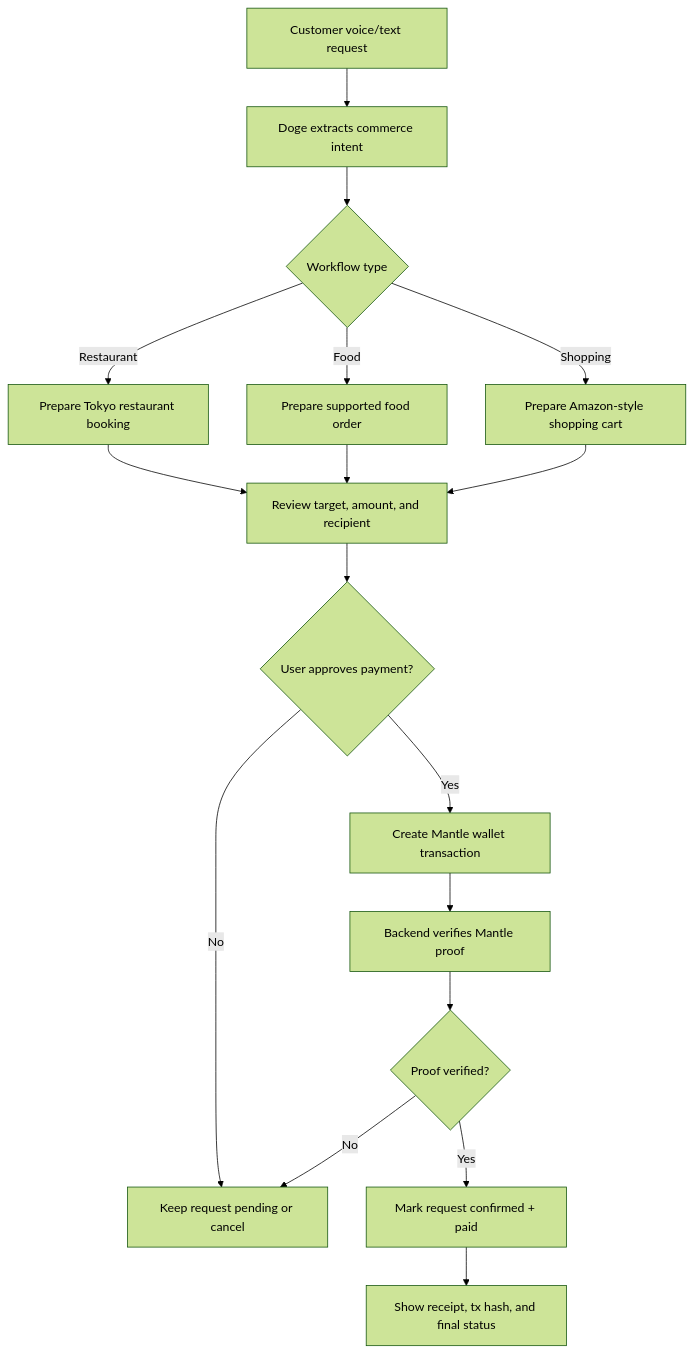
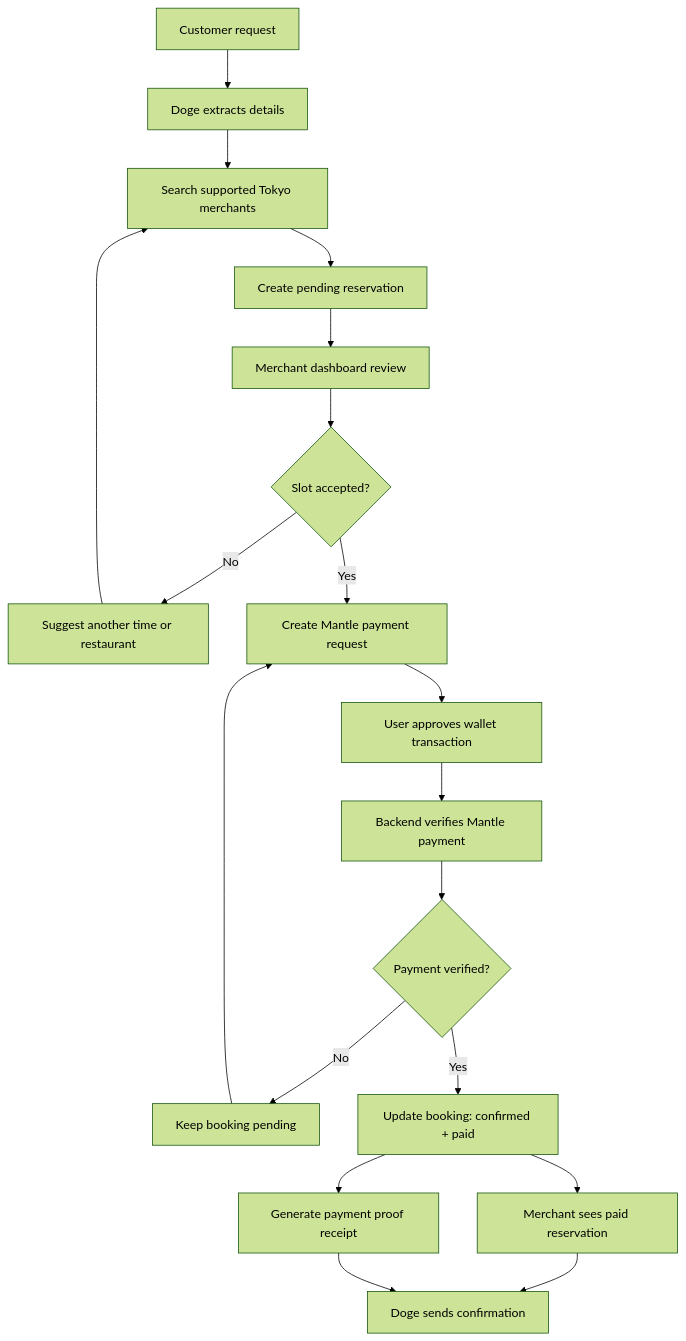
Before and after one commit to khurram-sysadmin/doge-payagent-prototype: the diagram in flow.md, drawn with Mermaid (forest theme). The commit also changed other lines of this file and 2 other files, not shown here.

````diff
--- a/flow.md
+++ b/flow.md
@@ -3,19 +3,21 @@
 ```mermaid
 flowchart TD
-  A["Customer voice/text request"] --> B["Doge extracts commerce intent"]
-  B --> C{"Workflow type"}
-  C -->|Restaurant| D["Prepare Tokyo restaurant booking"]
-  C -->|Food| E["Prepare supported food order"]
-  C -->|Shopping| F["Prepare Amazon-style shopping cart"]
-  D --> G["Review target, amount, and recipient"]
-  E --> G
-  F --> G
-  G --> H{"User approves payment?"}
-  H -- "No" --> I["Keep request pending or cancel"]
-  H -- "Yes" --> J["Create Mantle wallet transaction"]
-  J --> K["Backend verifies Mantle proof"]
-  K --> L{"Proof verified?"}
-  L -- "No" --> I
-  L -- "Yes" --> M["Mark request confirmed + paid"]
-  M --> N["Show receipt, tx hash, and final status"]
+  A["Customer request"] --> B["Doge extracts details"]
+  B --> C["Search supported Tokyo merchants"]
+  C --> D["Create pending reservation"]
+  D --> E["Merchant dashboard review"]
+  E --> F{"Slot accepted?"}
+  F -- "No" --> G["Suggest another time or restaurant"]
+  G --> C
+  F -- "Yes" --> H["Create Mantle payment request"]
+  H --> I["User approves wallet transaction"]
+  I --> J["Backend verifies Mantle payment"]
+  J --> K{"Payment verified?"}
+  K -- "No" --> L["Keep booking pending"]
+  L --> H
+  K -- "Yes" --> M["Update booking: confirmed + paid"]
+  M --> N["Merchant sees paid reservation"]
+  M --> O["Generate payment proof receipt"]
+  N --> P["Doge sends confirmation"]
+  O --> P
 ```
````
